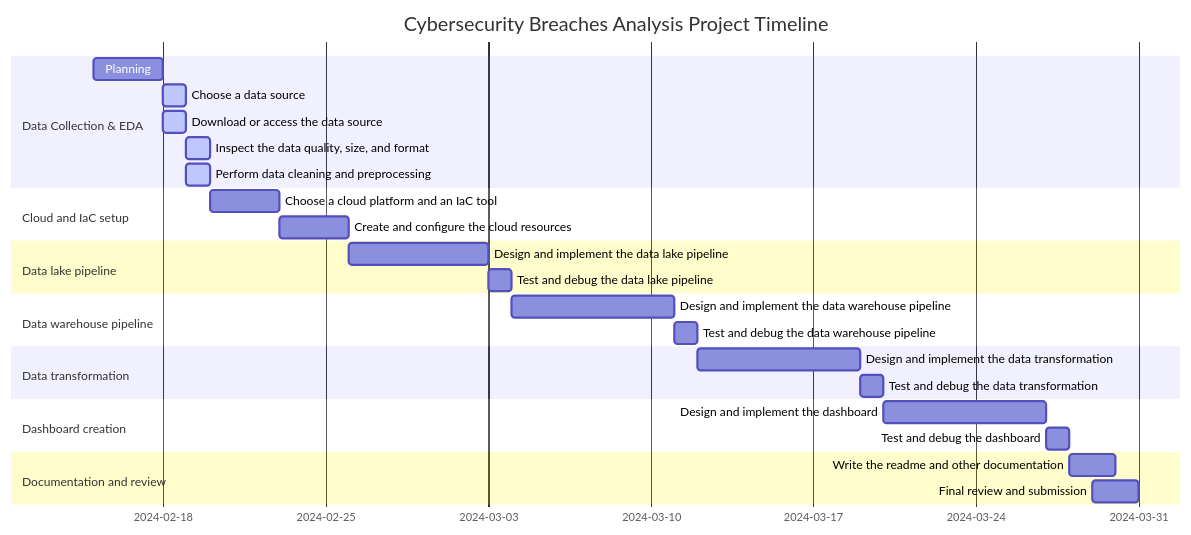
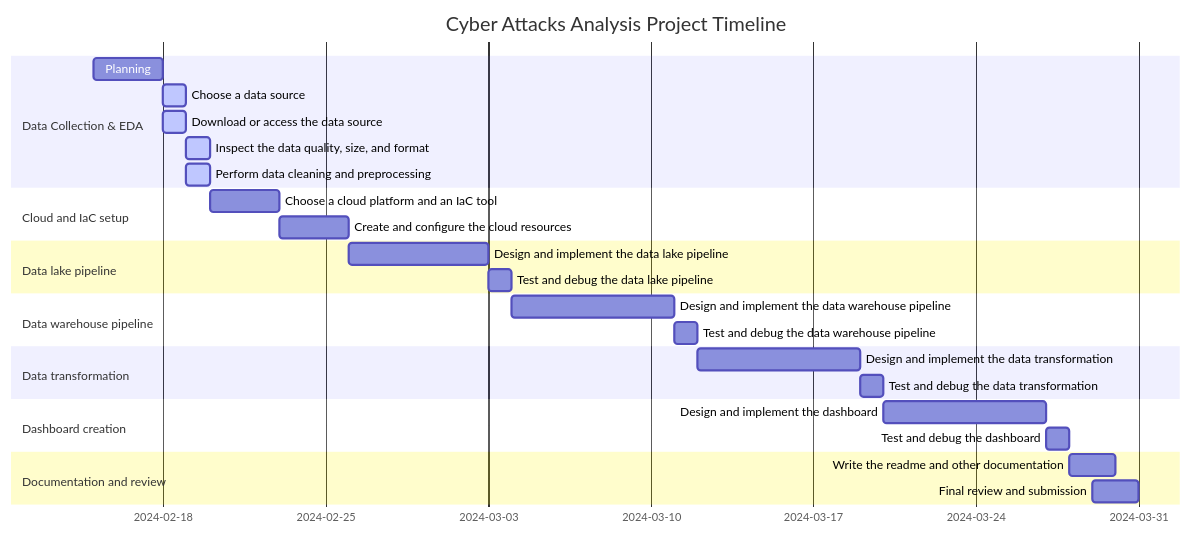
The diagram in README.md (RalucaN/cyber-attacks), drawn with Mermaid before and after one commit. The commit also changed other lines of this file, not shown here.

````diff
--- a/README.md
+++ b/README.md
@@ -33,30 +46,30 @@
 ``` mermaid
 gantt
         dateFormat YYYY-MM-DD
-        title Cybersecurity Breaches Analysis Project Timeline
+        title Cyber Attacks Analysis Project Timeline
         section Data Collection & EDA
                 Planning :2024-02-15, 3d
                 Choose a data source :active, 2024-02-18, 1d
                 Download or access the data source :active, 2024-02-18, 1d
                 Inspect the data quality, size, and format :active, 2024-02-19, 1d
                 Perform data cleaning and preprocessing :active, 2024-02-19, 1d
         section Cloud and IaC setup
                 Choose a cloud platform and an IaC tool :after, 2024-02-20, 3d
                 Create and configure the cloud resources :after, 2024-02-23, 3d
         section Data lake pipeline
                 Design and implement the data lake pipeline :after, 2024-02-26, 6d
                 Test and debug the data lake pipeline :after, 2024-03-03, 1d
         section Data warehouse pipeline
                 Design and implement the data warehouse pipeline :after, 2024-03-04, 7d
                 Test and debug the data warehouse pipeline :after, 2024-03-11, 1d
         section Data transformation
                 Design and implement the data transformation :after, 2024-03-12, 7d
                 Test and debug the data transformation :after, 2024-03-19, 1d
         section Dashboard creation
                 Design and implement the dashboard :after, 2024-03-20, 7d
                 Test and debug the dashboard :after, 2024-03-27, 1d
         section Documentation and review
                 Write the readme and other documentation :after, 2024-03-28, 2d
                 Final review and submission :after, 2024-03-29, 2d
 
 ```
````
